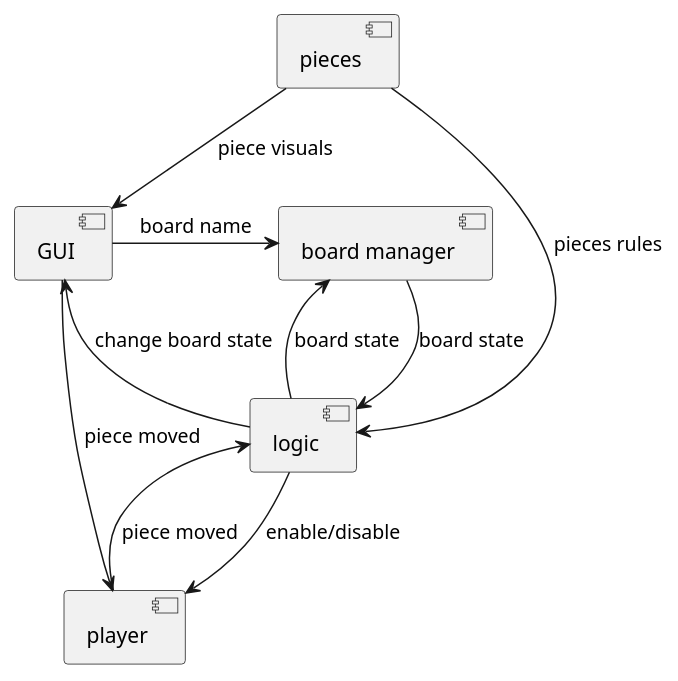
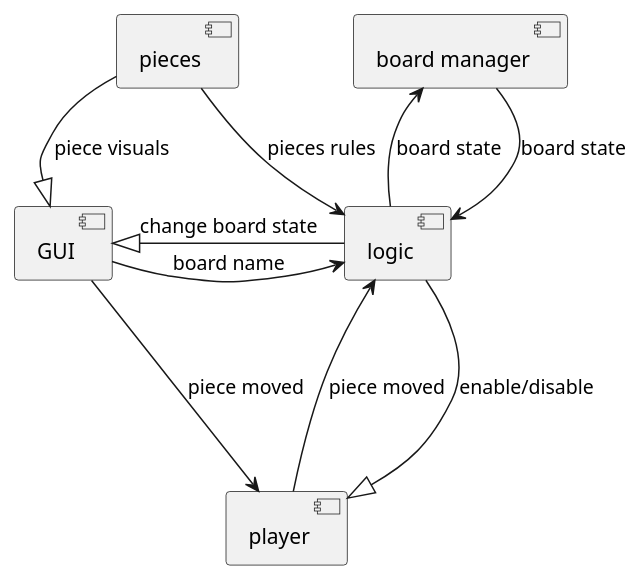
The diagram in documentation/NewArchitecture.puml (JeremiSz/Chess), drawn with PlantUML before and after one commit. The commit also changed 18 other files, not shown here.

Commit message:
finished board saver and started piece factory

```diff
--- a/documentation/NewArchitecture.puml
+++ b/documentation/NewArchitecture.puml
@@ -1,13 +1,13 @@
 @startuml
 
-[GUI] <- [logic] : change board state
+[GUI] <|- [logic] : change board state
 [GUI] -> [player] : piece moved
-[player] --> [logic] : piece moved
-[GUI] -> [board manager] : board name
-[logic] --> [player] : enable/disable
+[player] ---> [logic] : piece moved
+[GUI] -> [logic] : board name
+[logic] --|> [player] : enable/disable
 [pieces] --> [logic] : pieces rules
-[pieces] --> [GUI] : piece visuals
+[pieces] --|> [GUI] : piece visuals
 [board manager] <-- [logic] : board state
 [board manager] -> [logic] : board state
 
 @enduml
```
